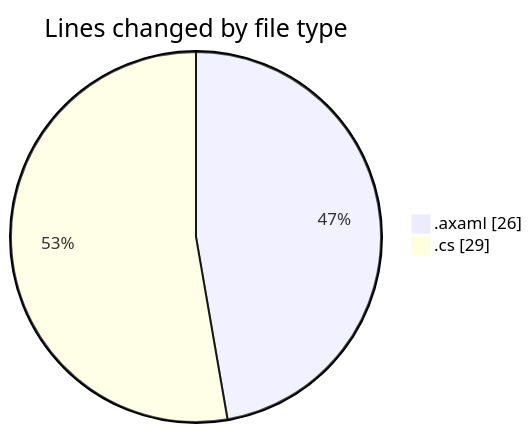
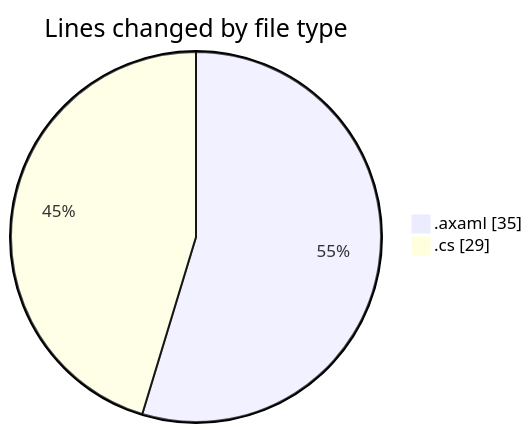
One commit to Netris89/code-tracking changed the first of 2 diagrams in 2025-10-30/skintrack/README.md. Above: the diagram before and after it, drawn with Mermaid. The commit also changed other lines of this file and 1 other file, not shown here.

````diff
--- a/2025-10-30/skintrack/README.md
+++ b/2025-10-30/skintrack/README.md
@@ -21,6 +21,6 @@
 ```mermaid
 pie showData
 title Lines changed by file type
-".axaml" : 26
+".axaml" : 35
 ".cs" : 29
 ```
````
